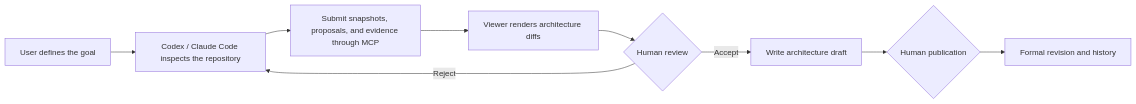
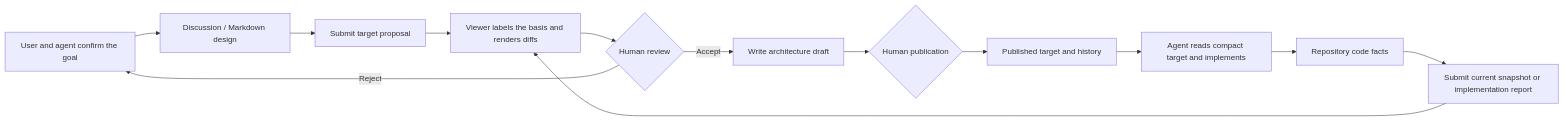
Before and after one commit to Accsy7/ai-architecture-viewer: the diagram in README.en.md, drawn with Mermaid. The commit also changed other lines of this file and 38 other files, not shown here.

Commit message:
feat: support concept architecture proposals

````diff
--- a/README.en.md
+++ b/README.en.md
@@ -32,11 +35,15 @@
 ```mermaid
 flowchart LR
-    U["User defines the goal"] --> A["Codex / Claude Code inspects the repository"]
-    A --> M["Submit snapshots, proposals, and evidence through MCP"]
-    M --> V["Viewer renders architecture diffs"]
+    U["User and agent confirm the goal"] --> C["Discussion / Markdown design"]
+    C --> T["Submit target proposal"]
+    R["Repository code facts"] --> S["Submit current snapshot or implementation report"]
+    T --> V["Viewer labels the basis and renders diffs"]
+    S --> V
     V --> H{"Human review"}
-    H -->|Reject| A
+    H -->|Reject| U
     H -->|Accept| D["Write architecture draft"]
     D --> P{"Human publication"}
-    P --> R["Formal revision and history"]
+    P --> G["Published target and history"]
+    G --> A["Agent reads compact target and implements"]
+    A --> R
 ```
````
